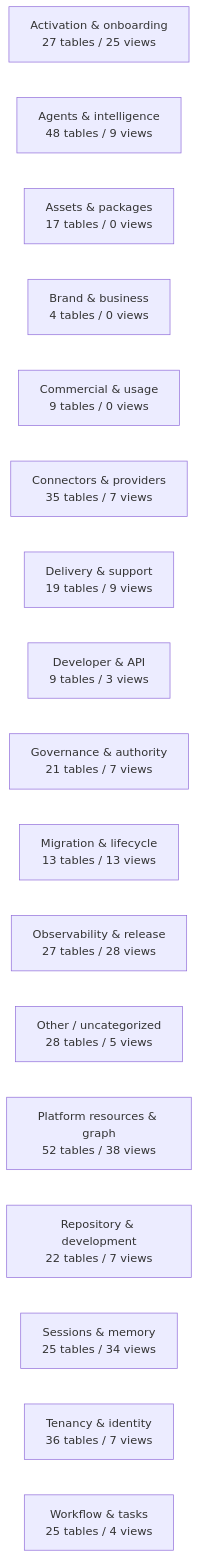
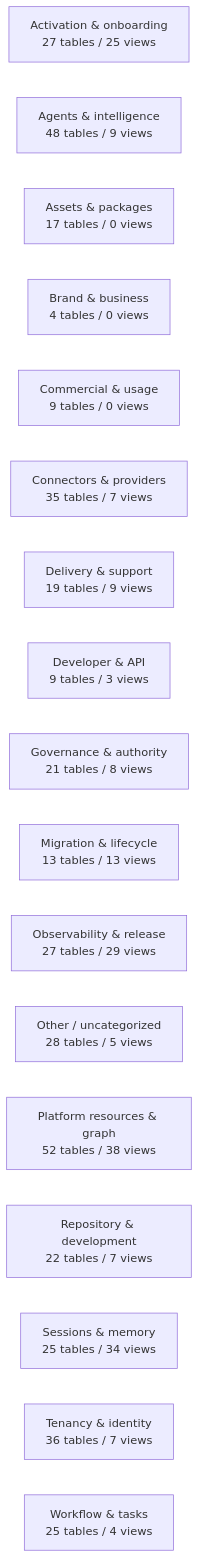
Before and after one commit to mad4bdigital-ai/multi-business-multi-role-growth-intelligence-os: the diagram in docs/work-maps/data-model-domain-map.md, drawn with Mermaid. The commit also changed other lines of this file and 5 other files, not shown here.

````diff
--- a/docs/work-maps/data-model-domain-map.md
+++ b/docs/work-maps/data-model-domain-map.md
@@ -9,20 +9,20 @@
 ```mermaid
 flowchart LR
   n_Activation___onboarding["Activation & onboarding<br/>27 tables / 25 views"]
   n_Agents___intelligence["Agents & intelligence<br/>48 tables / 9 views"]
   n_Assets___packages["Assets & packages<br/>17 tables / 0 views"]
   n_Brand___business["Brand & business<br/>4 tables / 0 views"]
   n_Commercial___usage["Commercial & usage<br/>9 tables / 0 views"]
   n_Connectors___providers["Connectors & providers<br/>35 tables / 7 views"]
   n_Delivery___support["Delivery & support<br/>19 tables / 9 views"]
   n_Developer___API["Developer & API<br/>9 tables / 3 views"]
-  n_Governance___authority["Governance & authority<br/>21 tables / 7 views"]
+  n_Governance___authority["Governance & authority<br/>21 tables / 8 views"]
   n_Migration___lifecycle["Migration & lifecycle<br/>13 tables / 13 views"]
-  n_Observability___release["Observability & release<br/>27 tables / 28 views"]
+  n_Observability___release["Observability & release<br/>27 tables / 29 views"]
   n_Other___uncategorized["Other / uncategorized<br/>28 tables / 5 views"]
   n_Platform_resources___graph["Platform resources & graph<br/>52 tables / 38 views"]
   n_Repository___development["Repository & development<br/>22 tables / 7 views"]
   n_Sessions___memory["Sessions & memory<br/>25 tables / 34 views"]
   n_Tenancy___identity["Tenancy & identity<br/>36 tables / 7 views"]
   n_Workflow___tasks["Workflow & tasks<br/>25 tables / 4 views"]
 ```
````
